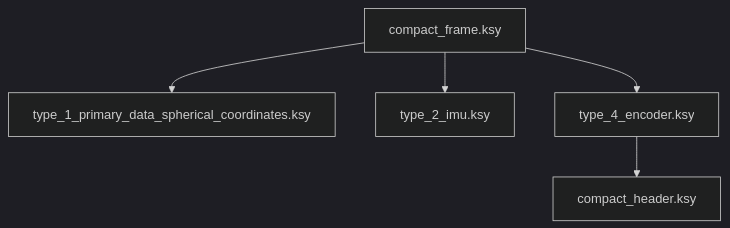
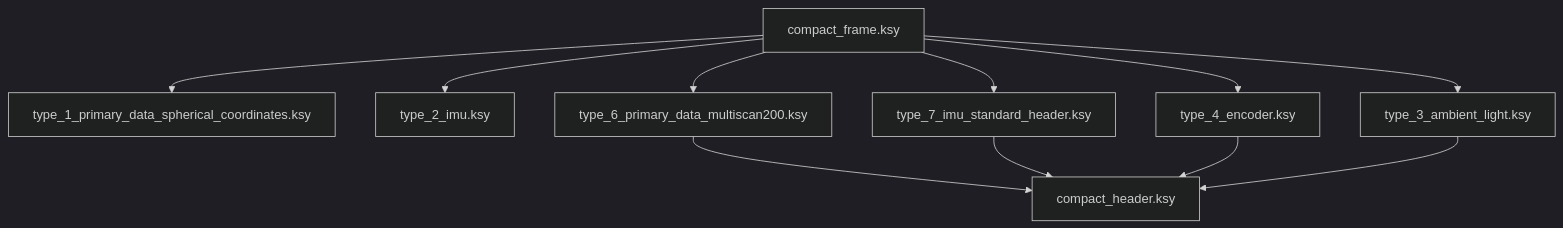
The diagram in README.md (SICKAG/KaitaiStructDescriptions), drawn with Mermaid (dark theme) before and after one commit. The commit also changed other lines of this file and 7 other files, not shown here.

````diff
--- a/README.md
+++ b/README.md
@@ -45,14 +50,23 @@
 ```mermaid
-graph TD
+flowchart TD
     CF[compact_frame.ksy]
     T1[type_1_primary_data_spherical_coordinates.ksy]
     T2[type_2_imu.ksy]
+    T3[type_3_ambient_light.ksy]
     T4[type_4_encoder.ksy]
+    T6[type_6_primary_data_multiscan200.ksy]
+    T7[type_7_imu_standard_header.ksy]
     CH[compact_header.ksy]
 
     CF --> T1
     CF --> T2
+    CF --> T3
     CF --> T4
+    CF --> T6
+    CF --> T7
 
+    T6 --> CH
+    T7 --> CH
     T4 --> CH
+    T3 --> CH
 ```
````
